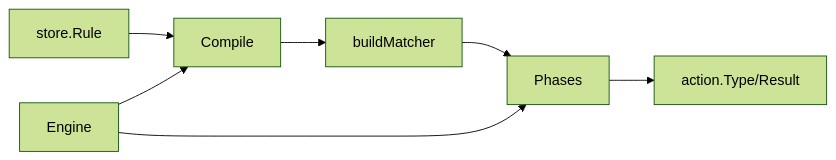
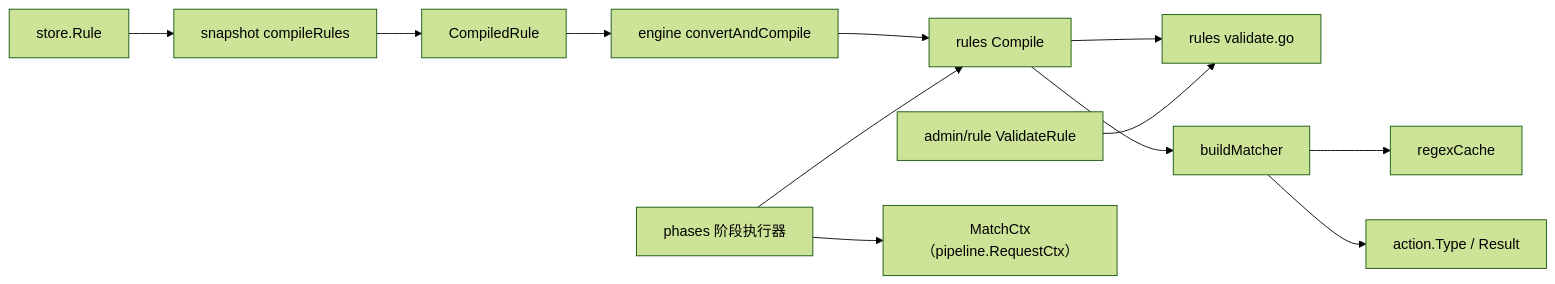
The sixth of 6 diagrams in docs/WAF 引擎系统/规则编译器.md (x01n/My-OpenWaf), drawn with Mermaid (forest theme) before and after one commit. The commit also changed other lines of this file and 622 other files, not shown here.

````diff
--- a/docs/WAF 引擎系统/规则编译器.md
+++ b/docs/WAF 引擎系统/规则编译器.md
@@ -383,9 +423,14 @@
 ```mermaid
 graph LR
-STORE["store.Rule"] --> COMP["Compile"]
-COMP --> MATCH["buildMatcher"]
-MATCH --> PH["Phases"]
-PH --> ACT["action.Type/Result"]
-ENG["Engine"] --> PH
-ENG --> COMP
+ST["store.Rule"] --> SNAP["snapshot compileRules"]
+SNAP --> CRT["CompiledRule"]
+CRT --> CAC["engine convertAndCompile"]
+CAC --> CMP["rules Compile"]
+CMP --> VAL["rules validate.go"]
+CMP --> BM["buildMatcher"]
+BM --> RC["regexCache"]
+BM --> ACT["action.Type / Result"]
+ADM["admin/rule ValidateRule"] --> VAL
+EXE["phases 阶段执行器"] --> CMP
+EXE --> MCX["MatchCtx（pipeline.RequestCtx）"]
 ```
````
